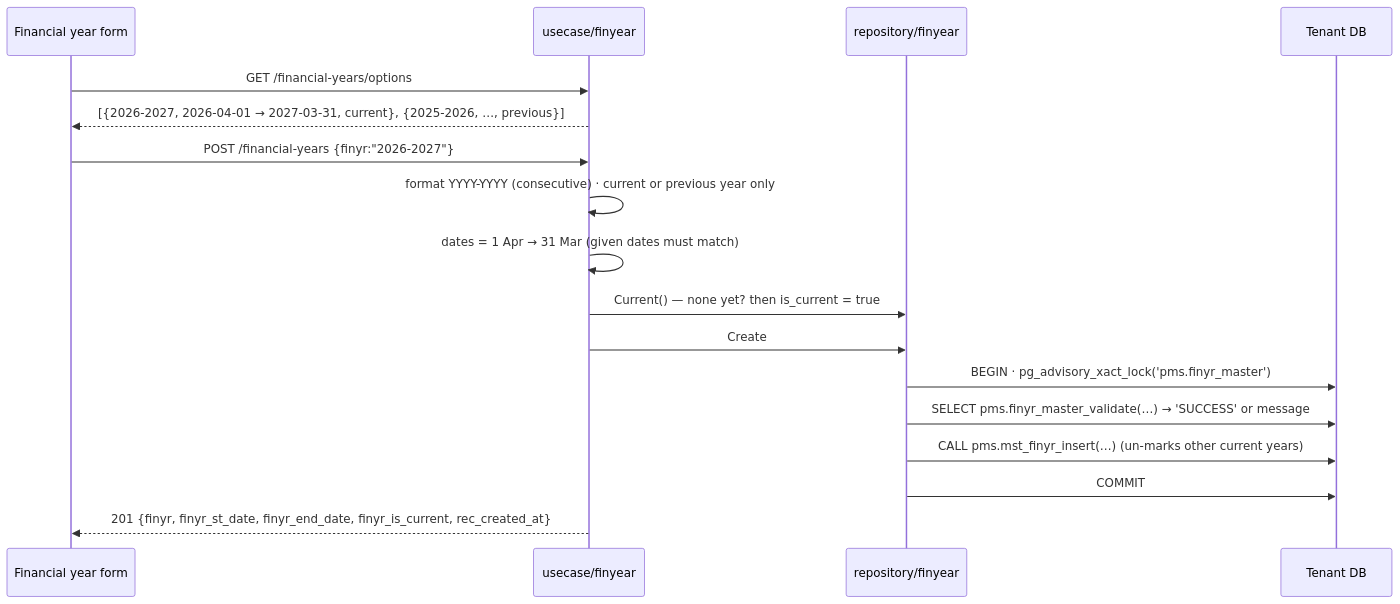
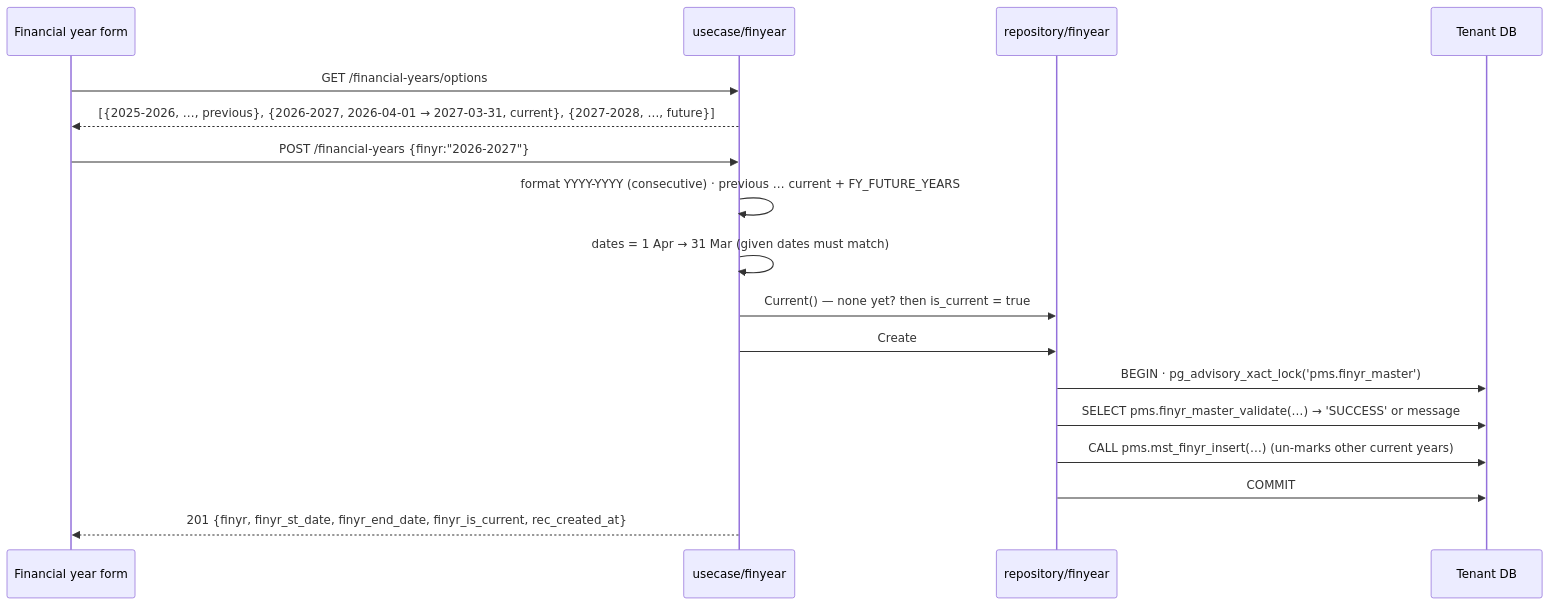
Before and after one commit to utkarshk014/procurement-system-be: the sixth of 11 diagrams in docs/FLOWS.md, drawn with Mermaid. The commit also changed other lines of this file and 55 other files, not shown here.

````diff
--- a/docs/FLOWS.md
+++ b/docs/FLOWS.md
@@ -119,19 +119,19 @@
 ```mermaid
 sequenceDiagram
     participant FE as Financial year form
     participant UC as usecase/finyear
     participant R as repository/finyear
     participant T as Tenant DB
     FE->>UC: GET /financial-years/options
-    UC-->>FE: [{2026-2027, 2026-04-01 → 2027-03-31, current}, {2025-2026, …, previous}]
+    UC-->>FE: [{2025-2026, …, previous}, {2026-2027, 2026-04-01 → 2027-03-31, current}, {2027-2028, …, future}]
     FE->>UC: POST /financial-years {finyr:"2026-2027"}
-    UC->>UC: format YYYY-YYYY (consecutive) · current or previous year only
+    UC->>UC: format YYYY-YYYY (consecutive) · previous … current + FY_FUTURE_YEARS
     UC->>UC: dates = 1 Apr → 31 Mar (given dates must match)
     UC->>R: Current() — none yet? then is_current = true
     UC->>R: Create
     R->>T: BEGIN · pg_advisory_xact_lock('pms.finyr_master')
     R->>T: SELECT pms.finyr_master_validate(…)  → 'SUCCESS' or message
     R->>T: CALL pms.mst_finyr_insert(…)  (un-marks other current years)
     R->>T: COMMIT
     UC-->>FE: 201 {finyr, finyr_st_date, finyr_end_date, finyr_is_current, rec_created_at}
 ```
````
